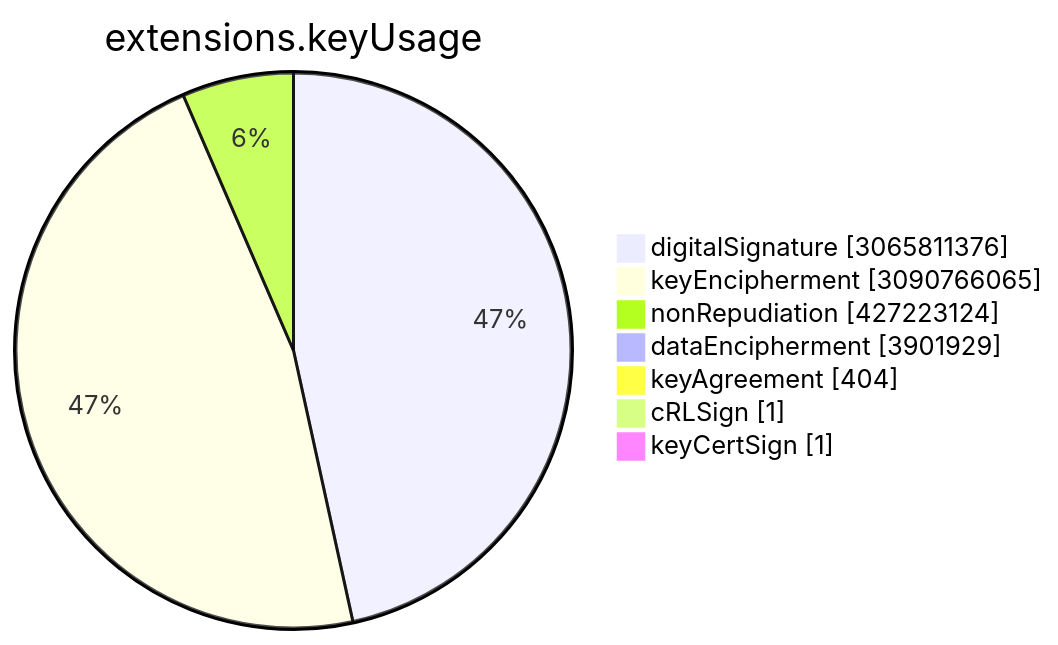
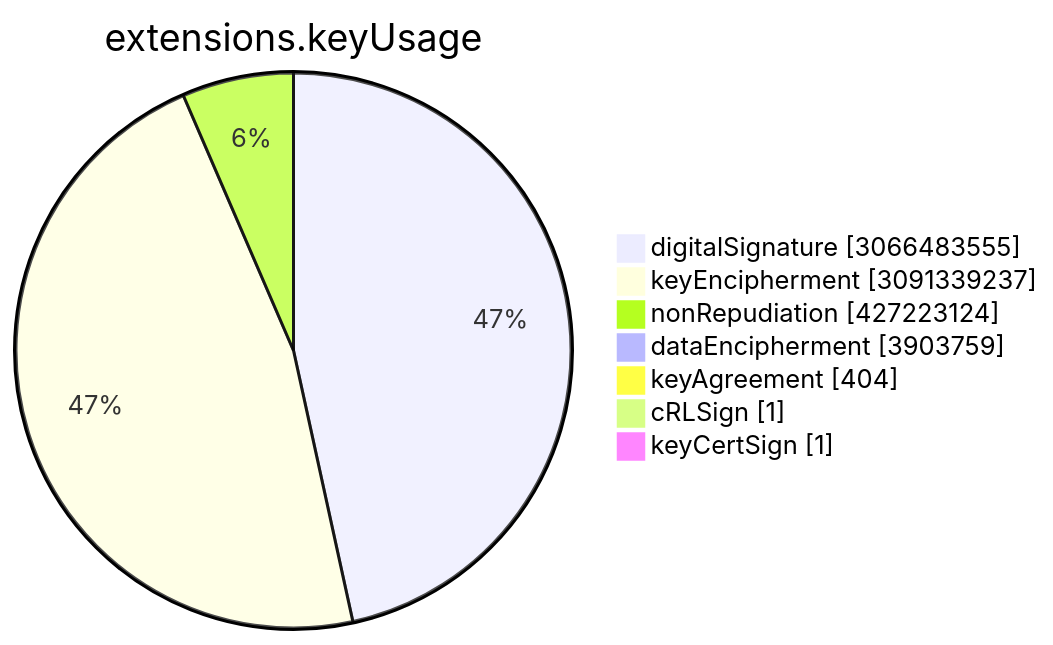
The sixth of 15 diagrams in TOTAL/README.md (christiankrug/ctmonitor_visualization), drawn with Mermaid before and after one commit. The commit also changed other lines of this file, not shown here.

````diff
--- a/TOTAL/README.md
+++ b/TOTAL/README.md
@@ -3077,11 +3077,11 @@
 ```mermaid
 pie showData
 title extensions.keyUsage
-"digitalSignature" :3065811376
-"keyEncipherment" :3090766065
+"digitalSignature" :3066483555
+"keyEncipherment" :3091339237
 "nonRepudiation" :427223124
-"dataEncipherment" :3901929
+"dataEncipherment" :3903759
 "keyAgreement" :404
 "cRLSign" :1
 "keyCertSign" :1
 ```
````
